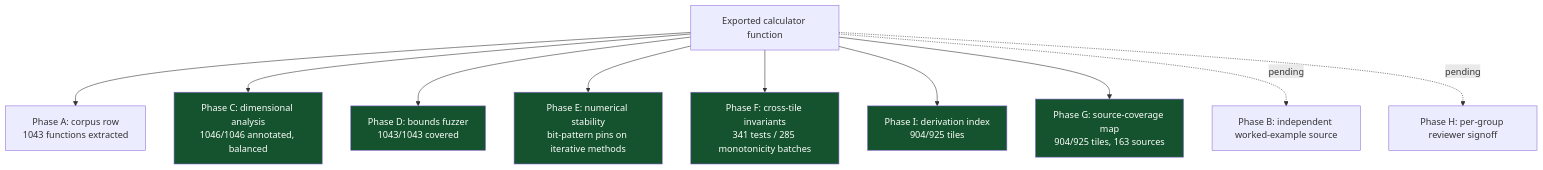
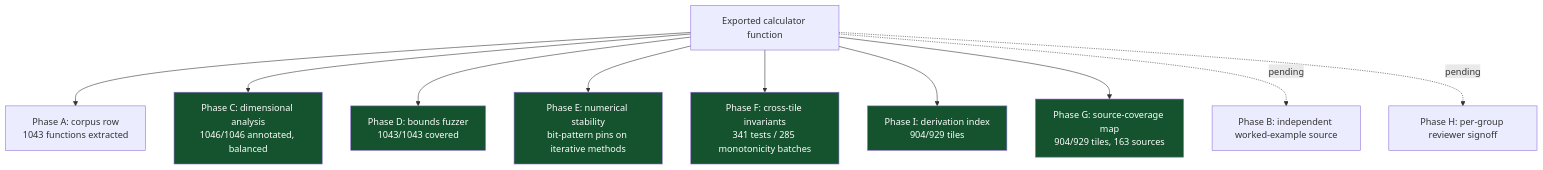
The sixth of 8 diagrams in README.md (clay-good/roughlogic.com), drawn with Mermaid before and after one commit. The commit also changed other lines of this file and 22 other files, not shown here.

````diff
--- a/README.md
+++ b/README.md
@@ -519,18 +519,18 @@
 ```mermaid
 flowchart TB
     F[Exported calculator function] --> A[Phase A: corpus row\n1043 functions extracted]
     F --> C[Phase C: dimensional analysis\n1046/1046 annotated, balanced]
     F --> D[Phase D: bounds fuzzer\n1043/1043 covered]
     F --> E[Phase E: numerical stability\nbit-pattern pins on iterative methods]
     F --> Fa[Phase F: cross-tile invariants\n341 tests / 285 monotonicity batches]
-    F --> I[Phase I: derivation index\n904/925 tiles]
-    F --> G[Phase G: source-coverage map\n904/925 tiles, 163 sources]
+    F --> I[Phase I: derivation index\n904/929 tiles]
+    F --> G[Phase G: source-coverage map\n904/929 tiles, 163 sources]
     F -.pending.-> B[Phase B: independent worked-example source]
     F -.pending.-> H[Phase H: per-group reviewer signoff]
     style C fill:#14532d,color:#fff
     style D fill:#14532d,color:#fff
     style E fill:#14532d,color:#fff
     style Fa fill:#14532d,color:#fff
     style G fill:#14532d,color:#fff
     style I fill:#14532d,color:#fff
 ```
````
